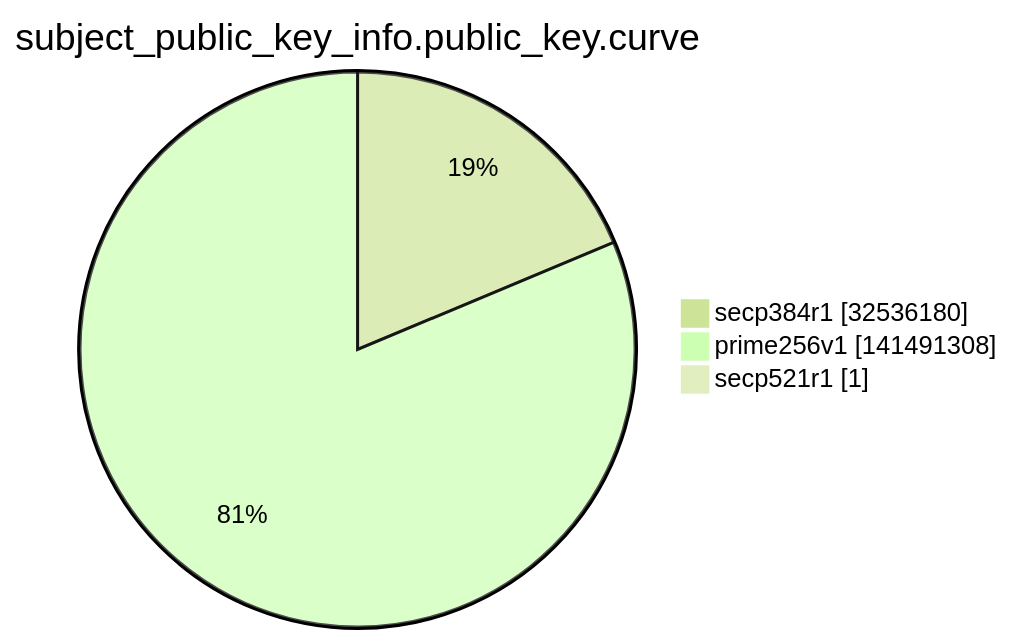
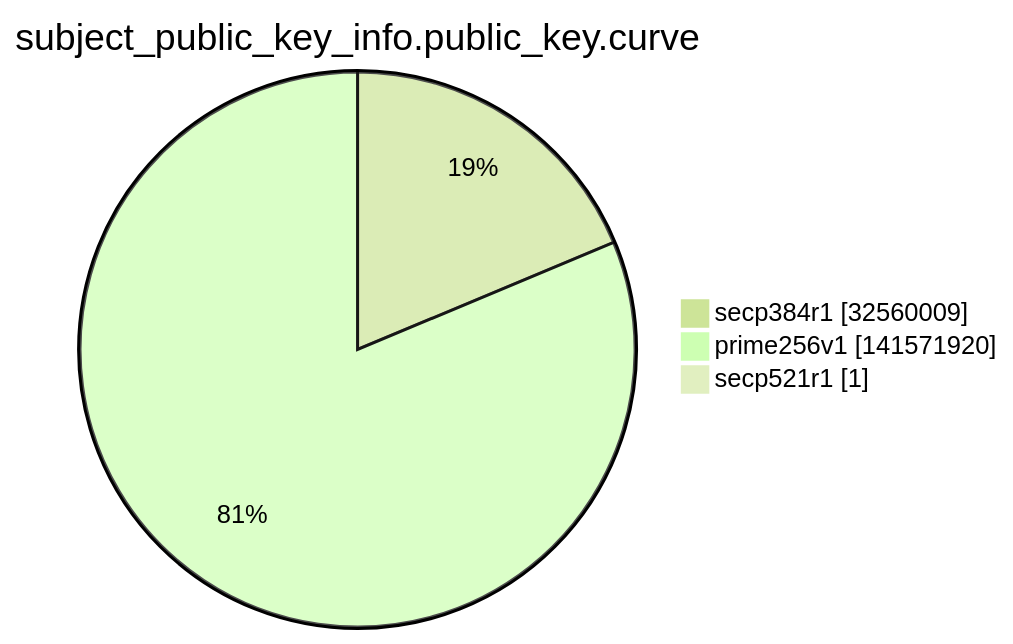
Before and after one commit to christiankrug/ctmonitor_visualization: the ninth of 15 diagrams in argon2022/README.md, drawn with Mermaid (forest theme). The commit also changed other lines of this file, not shown here.

````diff
--- a/argon2022/README.md
+++ b/argon2022/README.md
@@ -2763,7 +2763,7 @@
 ```mermaid
 pie showData
 title subject_public_key_info.public_key.curve
-"secp384r1" :32536180
-"prime256v1" :141491308
+"secp384r1" :32560009
+"prime256v1" :141571920
 "secp521r1" :1
 ```
````
